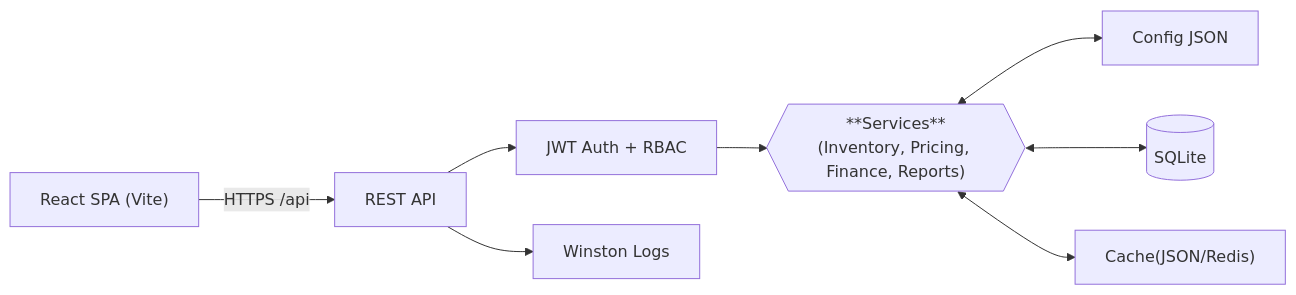
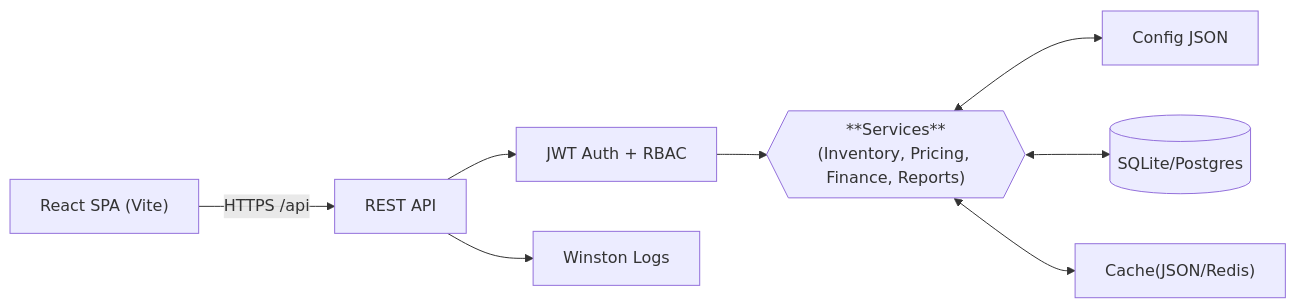
The diagram in README.md (lihaozhe013/myf-tradeflow-core), drawn with Mermaid before and after one commit. The commit also changed other lines of this file and 1 other file, not shown here.

````diff
--- a/README.md
+++ b/README.md
@@ -27,10 +28,10 @@
 ```mermaid
 flowchart LR
   Frontend["React SPA (Vite)"] -->|HTTPS /api| API["REST API"]
   API --> Auth["JWT Auth + RBAC"]
   Auth --> Services{{"**Services**<br>(Inventory, Pricing, Finance, Reports)"}}
   Services <--> Config["Config JSON"]
-  Services <--> DB[("SQLite")]
+  Services <--> DB[("SQLite/Postgres")]
   Services <--> Cache["Cache(JSON/Redis)"]
   API --> Logging["Winston Logs"]
 ```
````
